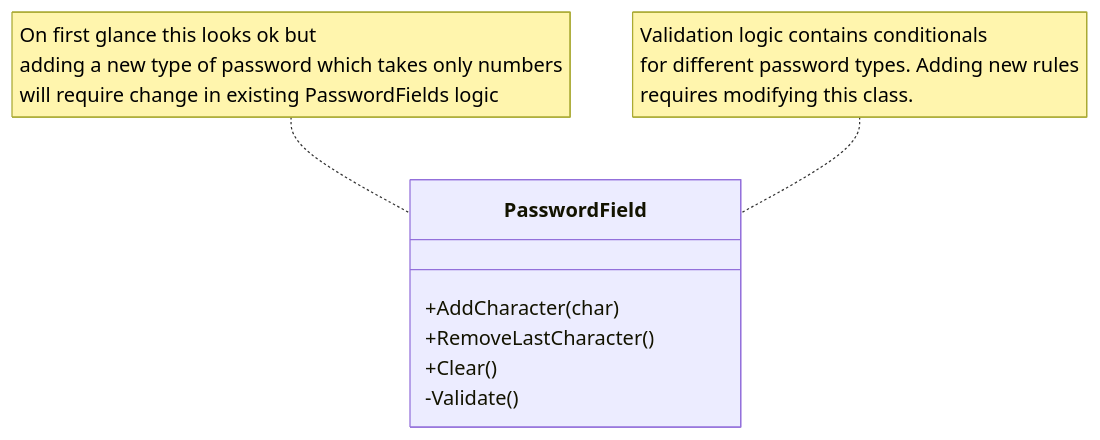
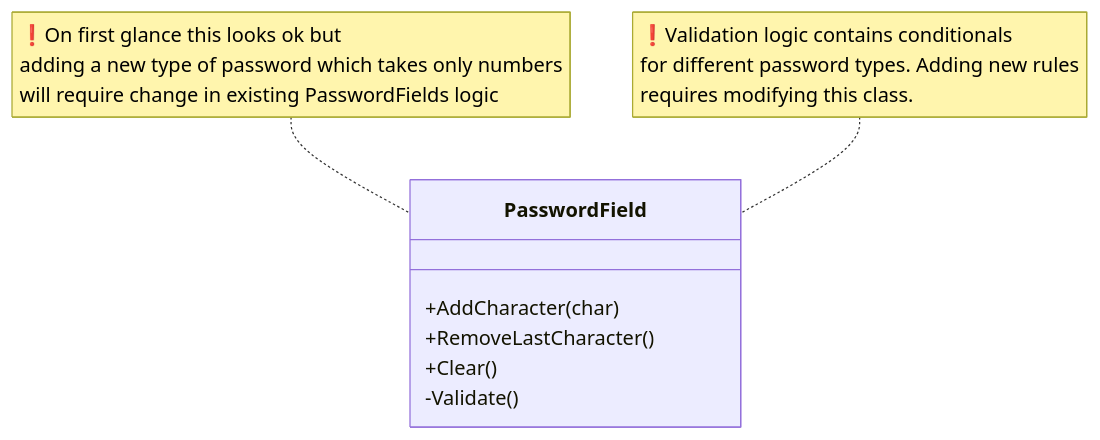
The third of 6 diagrams in docs/sw-design/solid-design-principles.mdx (loknath2002/sw-arch-and-design-toolkit), drawn with Mermaid before and after one commit. The commit also changed other lines of this file, not shown here.

````diff
--- a/docs/sw-design/solid-design-principles.mdx
+++ b/docs/sw-design/solid-design-principles.mdx
@@ -111,15 +110,15 @@
 ```mermaid
 classDiagram
-    note for PasswordField "On first glance this looks ok but 
+    note for PasswordField "❗On first glance this looks ok but 
     adding a new type of password which takes only numbers
     will require change in existing PasswordFields logic"
-    note for PasswordField "Validation logic contains conditionals
+    note for PasswordField "❗Validation logic contains conditionals
     for different password types. Adding new rules
     requires modifying this class."
     class PasswordField {
         +AddCharacter(char)
         +RemoveLastCharacter() 
         +Clear()
         -Validate()
     }
 ```
````
